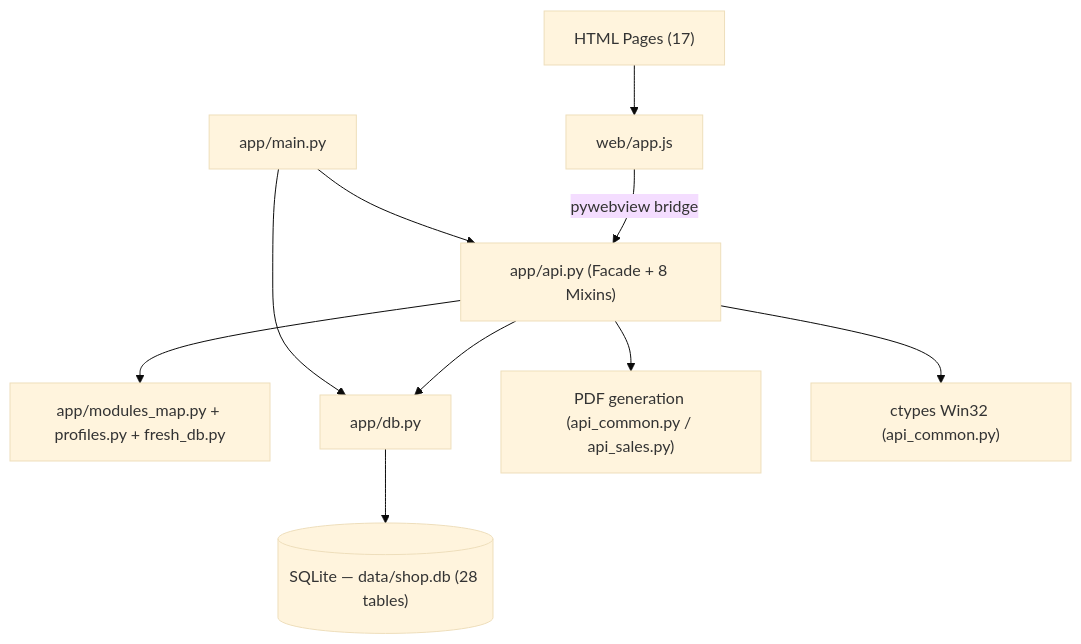
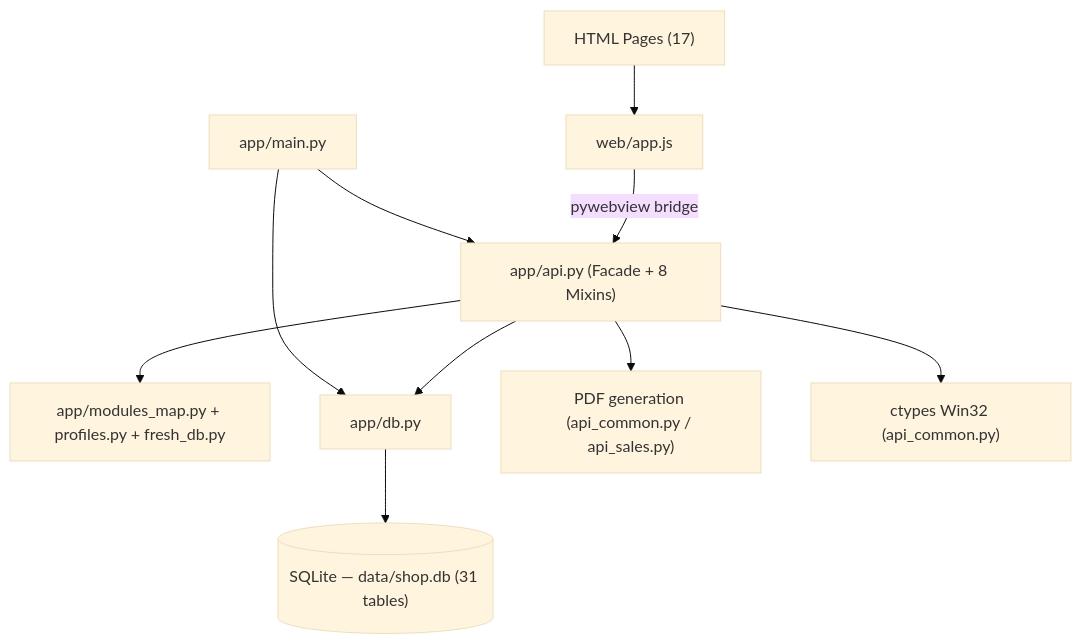
Before and after one commit to hany-hassan/TechZone-POS: the second of 2 diagrams in docs/ARCHITECTURE.md, drawn with Mermaid (base theme). The commit also changed other lines of this file and 41 other files, not shown here.

````diff
--- a/docs/ARCHITECTURE.md
+++ b/docs/ARCHITECTURE.md
@@ -228,12 +228,12 @@
 ```mermaid
 flowchart TD
     HTML["HTML Pages (17)"] --> APPJS["web/app.js"]
     APPJS -->|"pywebview bridge"| API["app/api.py (Facade + 8 Mixins)"]
     API --> MODMAP["app/modules_map.py + profiles.py + fresh_db.py"]
     API --> DB["app/db.py"]
-    DB --> SQLITE[("SQLite — data/shop.db (28 tables)")]
+    DB --> SQLITE[("SQLite — data/shop.db (31 tables)")]
     API --> PDF["PDF generation (api_common.py / api_sales.py)"]
     API --> WIN32["ctypes Win32 (api_common.py)"]
     MAIN["app/main.py"] --> API
     MAIN --> DB
 ```
````
